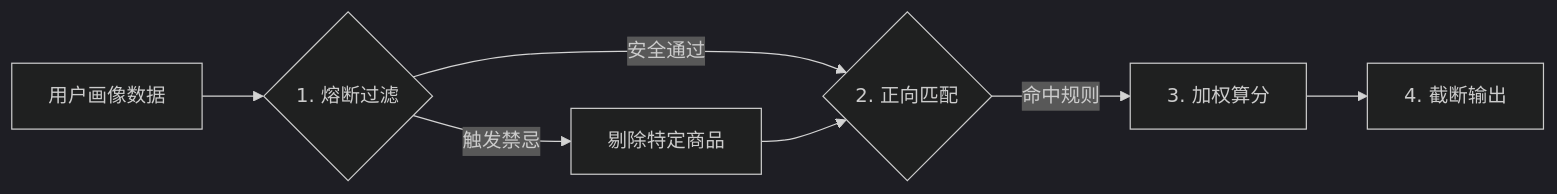
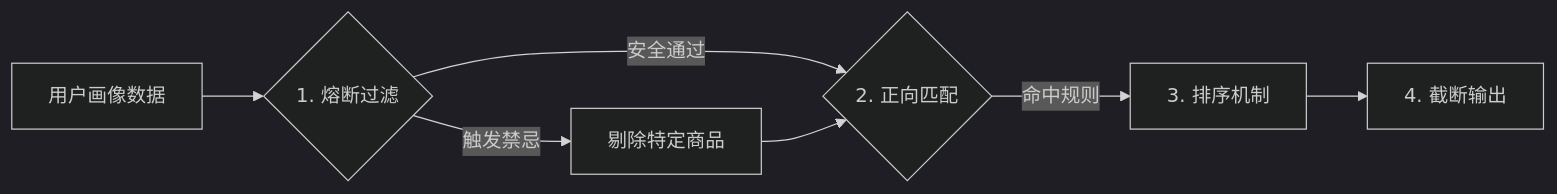
Before and after one commit to huangyiwen928/Visbody-HealthMatch: the diagram in 推荐策略中心-PRD.md, drawn with Mermaid (dark theme). The commit also changed other lines of this file and 10 other files, not shown here.

````diff
--- a/推荐策略中心-PRD.md
+++ b/推荐策略中心-PRD.md
@@ -35,9 +39,9 @@
 ```mermaid
 graph LR
     A[用户画像数据] --> B{1. 熔断过滤}
     B -- 安全通过 --> C{2. 正向匹配}
     B -- 触发禁忌 --> X[剔除特定商品]
     X --> C
-    C -- 命中规则 --> D[3. 加权算分]
+    C -- 命中规则 --> D[3. 排序机制]
     D --> E[4. 截断输出]
 ```
````
